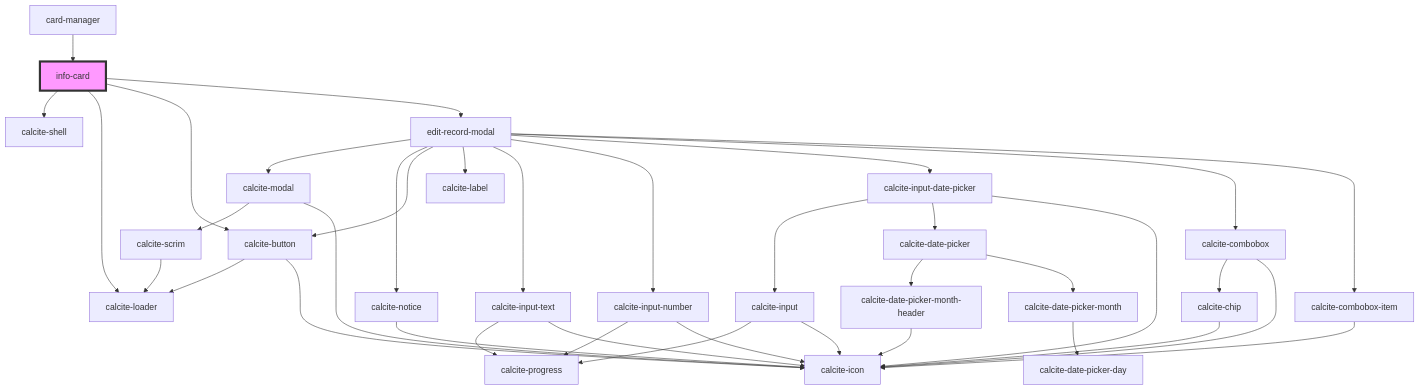
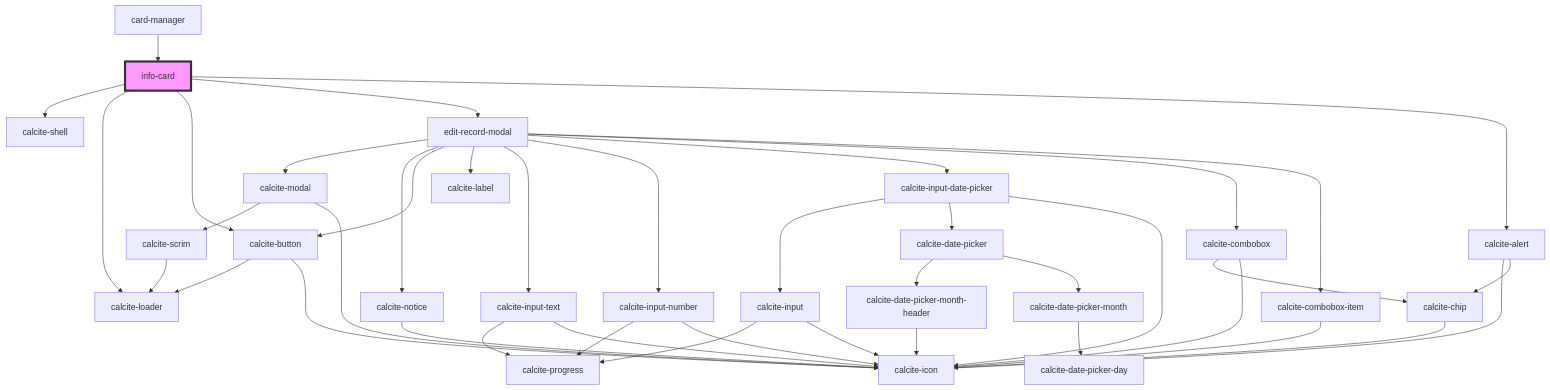
The diagram in src/components/info-card/readme.md (Esri/solutions-components), drawn with Mermaid before and after one commit. The commit also changed other lines of this file and 6 other files, not shown here.

Commit message:
add alert for info card

````diff
--- a/src/components/info-card/readme.md
+++ b/src/components/info-card/readme.md
@@ -31,41 +32,44 @@
 ```mermaid
 graph TD;
   info-card --> calcite-shell
   info-card --> calcite-loader
   info-card --> calcite-button
   info-card --> edit-record-modal
+  info-card --> calcite-alert
   calcite-button --> calcite-loader
   calcite-button --> calcite-icon
   edit-record-modal --> calcite-modal
   edit-record-modal --> calcite-notice
   edit-record-modal --> calcite-button
   edit-record-modal --> calcite-label
   edit-record-modal --> calcite-input-text
   edit-record-modal --> calcite-input-number
   edit-record-modal --> calcite-input-date-picker
   edit-record-modal --> calcite-combobox
   edit-record-modal --> calcite-combobox-item
   calcite-modal --> calcite-scrim
   calcite-modal --> calcite-icon
   calcite-scrim --> calcite-loader
   calcite-notice --> calcite-icon
   calcite-input-text --> calcite-progress
   calcite-input-text --> calcite-icon
   calcite-input-number --> calcite-progress
   calcite-input-number --> calcite-icon
   calcite-input-date-picker --> calcite-input
   calcite-input-date-picker --> calcite-date-picker
   calcite-input-date-picker --> calcite-icon
   calcite-input --> calcite-progress
   calcite-input --> calcite-icon
   calcite-date-picker --> calcite-date-picker-month-header
   calcite-date-picker --> calcite-date-picker-month
   calcite-date-picker-month-header --> calcite-icon
   calcite-date-picker-month --> calcite-date-picker-day
   calcite-combobox --> calcite-chip
   calcite-combobox --> calcite-icon
   calcite-chip --> calcite-icon
   calcite-combobox-item --> calcite-icon
+  calcite-alert --> calcite-icon
+  calcite-alert --> calcite-chip
   card-manager --> info-card
   style info-card fill:#f9f,stroke:#333,stroke-width:4px
 ```
````
